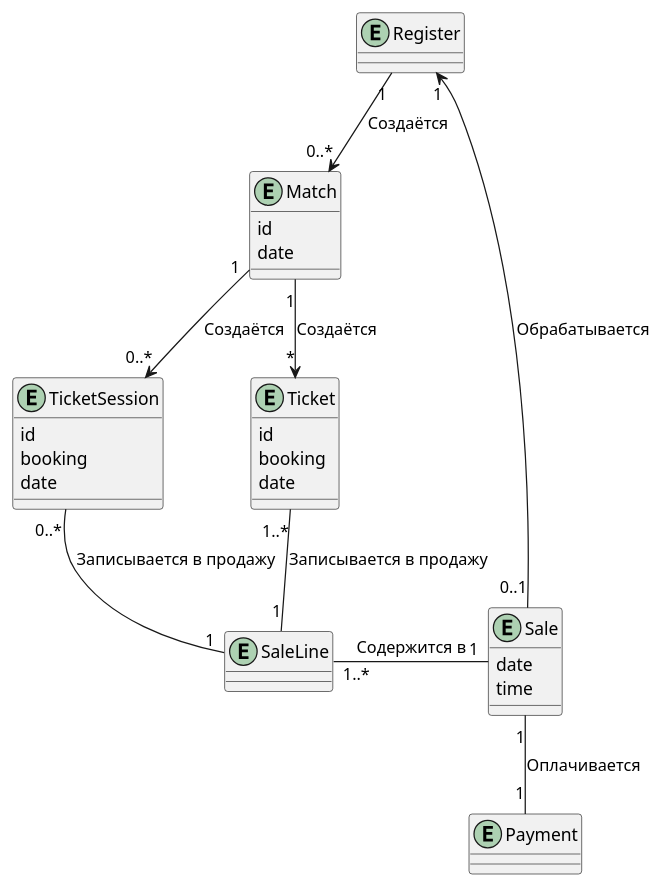
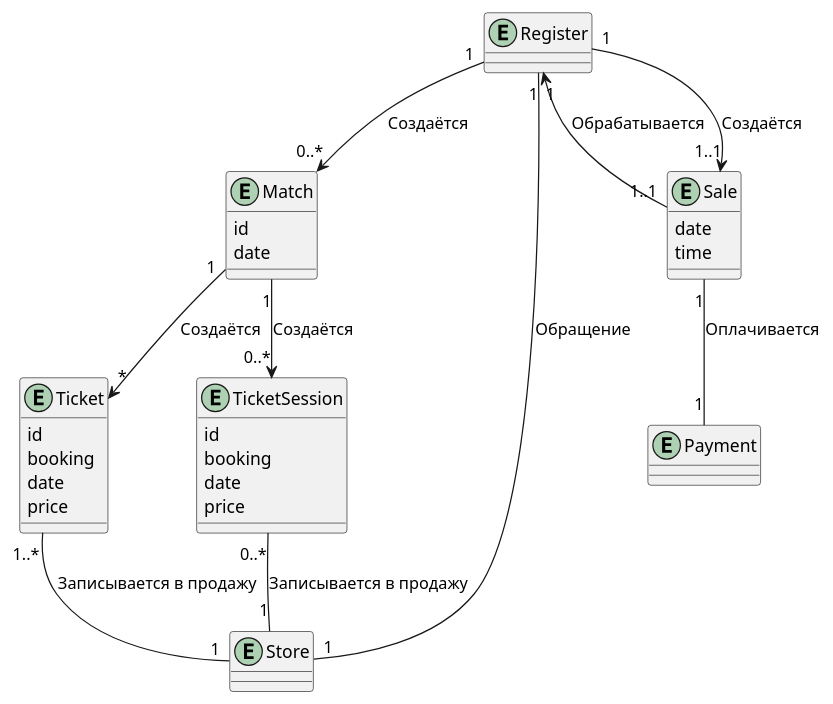
Before and after one commit to penamarth/bsbo-03-23_team4_var10_football: the diagram in Модель предметной области.md, drawn with PlantUML.

Commit message:
Изменение SalesLine на Store

````diff
--- a/Модель предметной области.md
+++ b/Модель предметной области.md
@@ -1,40 +1,44 @@
 ```plantuml
 @startuml
 
 entity Register
 entity Match
 {
     id
     date
 }
 entity Ticket
 {
     id
     booking
     date
+    price
 }
 entity TicketSession
 {
     id
     booking
     date
+    price
 }
-entity SaleLine
+entity Store
 entity Sale
 {
     date
     time
 }
 entity Payment
 
-Register "1" <-down- "0..1" Sale : Обрабатывается
+Register "1" <-down- "1..1" Sale : Обрабатывается
+Register "1" -down-> "1..1" Sale : Создаётся
 Register "1" -down-> "0..*" Match : Создаётся
+Register "1" -down- "1" Store : Обращение
 Match "1" -down-> "*" Ticket : Создаётся
 Match "1" -down-> "0..*" TicketSession : Создаётся
-Ticket "1..*" -down- "1" SaleLine : Записывается в продажу
-TicketSession "0..*" -down- "1" SaleLine : Записывается в продажу
-SaleLine "1..*" -right- "1" Sale : Содержится в
+Ticket "1..*" -down- "1" Store : Записывается в продажу
+TicketSession "0..*" -down- "1" Store : Записывается в продажу
+
 Sale "1" -down- "1" Payment : Оплачивается
 
 @enduml
 ```
````
